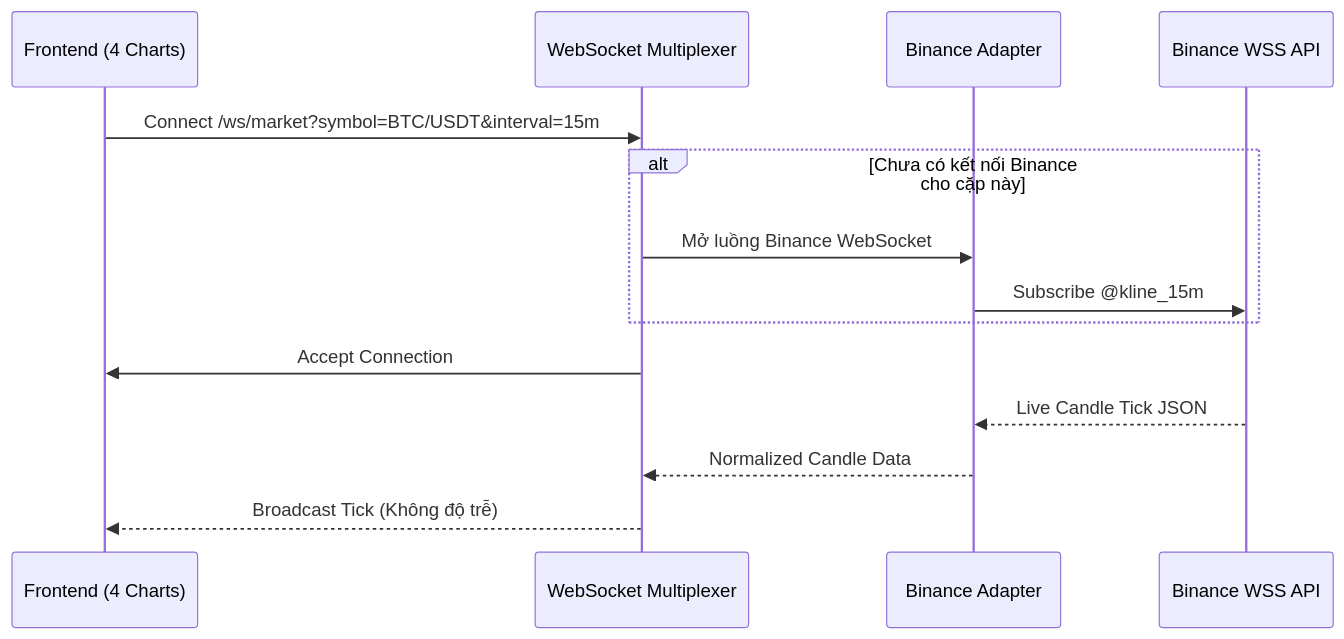
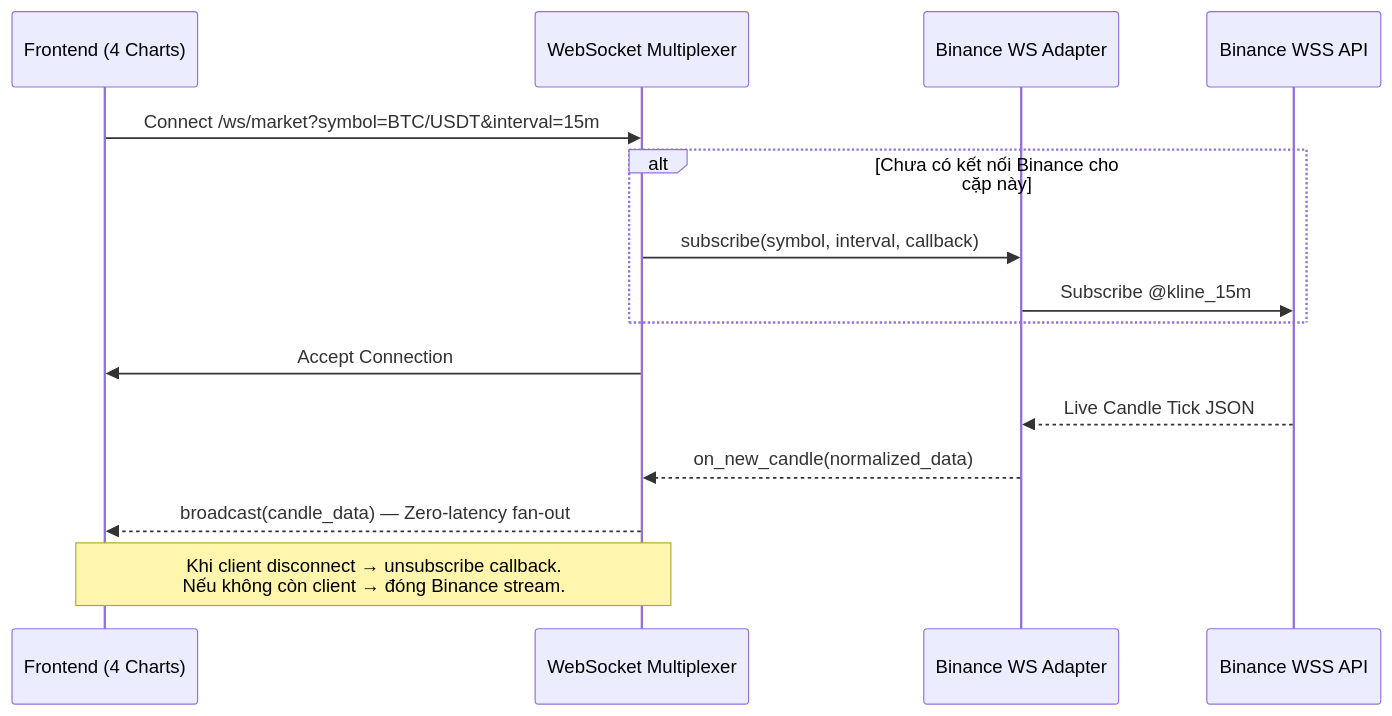
The third of 6 diagrams in docs/architecture.md (ngnam2012/KTPM-crypto-project), drawn with Mermaid before and after one commit. The commit also changed other lines of this file and 1 other file, not shown here.

Commit message:
docs: refactor architecture documentation and add 10-question QA checklist

````diff
--- a/docs/architecture.md
+++ b/docs/architecture.md
@@ -145,17 +194,18 @@
 ```mermaid
 sequenceDiagram
     participant UI as Frontend (4 Charts)
     participant WS as WebSocket Multiplexer
-    participant BA as Binance Adapter
+    participant BA as Binance WS Adapter
     participant B as Binance WSS API
 
     UI->>WS: Connect /ws/market?symbol=BTC/USDT&interval=15m
     alt Chưa có kết nối Binance cho cặp này
-        WS->>BA: Mở luồng Binance WebSocket
+        WS->>BA: subscribe(symbol, interval, callback)
         BA->>B: Subscribe @kline_15m
     end
     WS->>UI: Accept Connection
     B-->>BA: Live Candle Tick JSON
-    BA-->>WS: Normalized Candle Data
-    WS-->>UI: Broadcast Tick (Không độ trễ)
+    BA-->>WS: on_new_candle(normalized_data)
+    WS-->>UI: broadcast(candle_data) — Zero-latency fan-out
+    Note over UI,WS: Khi client disconnect → unsubscribe callback.<br/>Nếu không còn client → đóng Binance stream.
 ```
````
